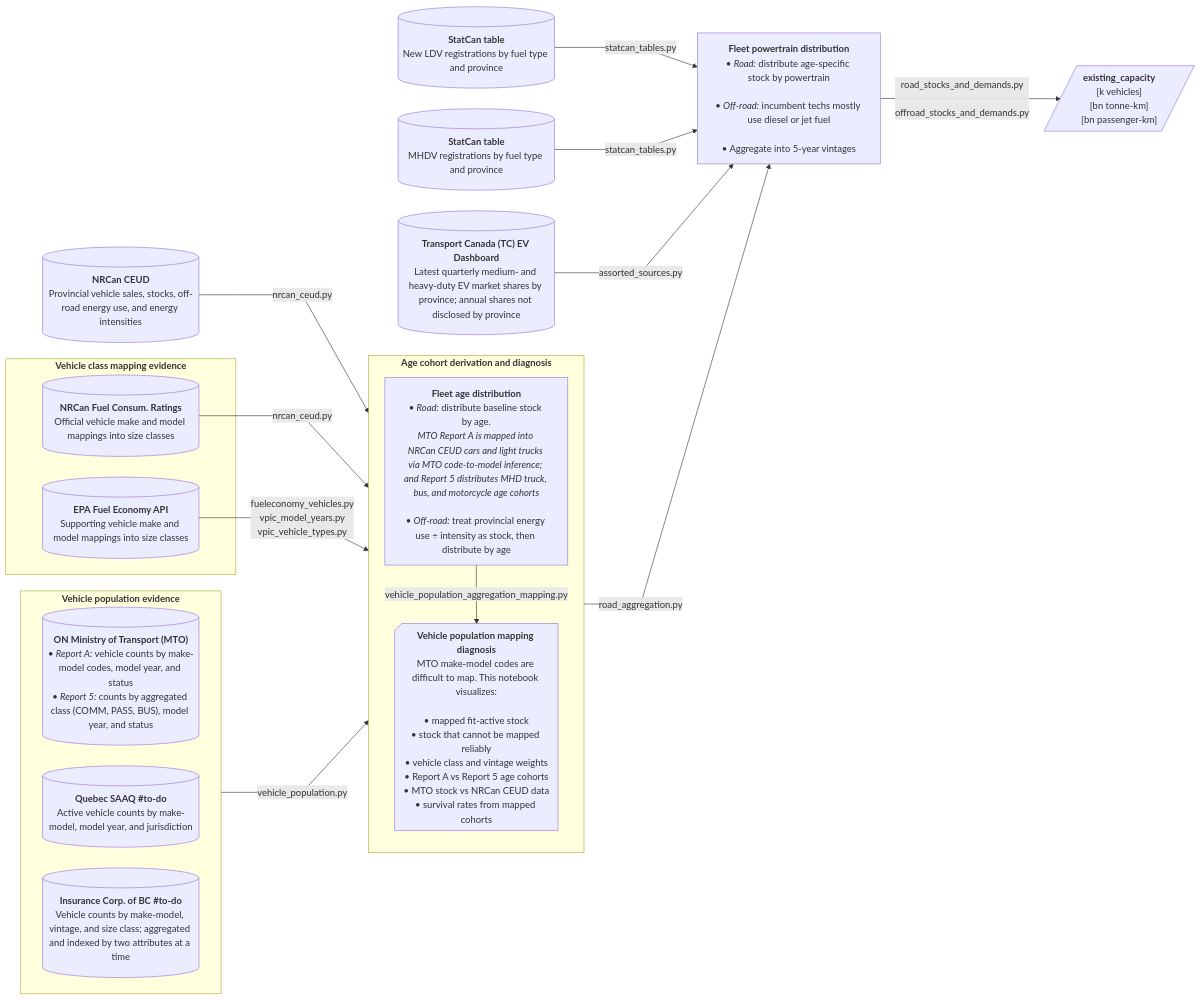
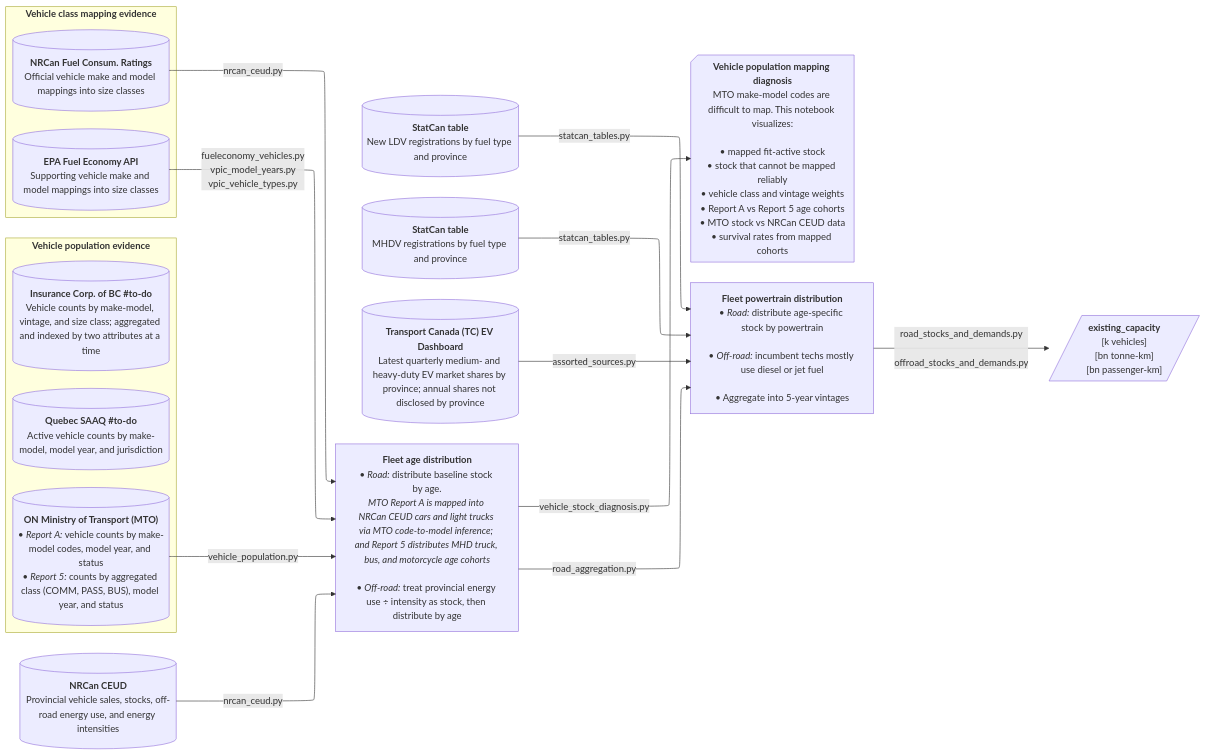
Before and after one commit to CANOE-main/canoe-transportation: the fourth of 14 diagrams in README.md, drawn with Mermaid. The commit also changed other lines of this file and 39 other files, not shown here.

First line of the commit message:
Add technology growth evidence acquisition and diagnostics; updated mermaid flowcharts to render with elk layout.

````diff
--- a/README.md
+++ b/README.md
@@ -376,15 +375,14 @@
 ```mermaid
 ---
 config:
-  layout: dagre
+  layout: elk
   flowchart:
     nodeSpacing: 35
     rankSpacing: 50
     wrappingWidth: 250
-    curve: linear
 ---
 flowchart LR
-  %% ########### Sources ###########
+  %% ############ Sources ###########
   s0[("`**NRCan CEUD**
     Provincial vehicle sales, stocks, off-road energy use, and energy intensities`")]
 
@@ -413,36 +411,33 @@
   s6[("`**Transport Canada (TC) EV Dashboard**
     Latest quarterly medium- and heavy-duty EV market shares by province; annual shares not disclosed by province`")]
 
-  %% ########### Processes ###########
-  subgraph age["`**Age cohort derivation and diagnosis**`"]
-    direction TB
-    p1["`**Fleet age distribution**
-      • *Road:* distribute baseline stock by age.
-      *MTO Report A is mapped into NRCan CEUD cars and light trucks via MTO code-to-model inference; and Report 5 distributes MHD truck, bus, and motorcycle age cohorts*<br>
-      • *Off-road:* treat provincial energy use ÷ intensity as stock, then distribute by age`"]
+  %% ############ Processes ###########
+  p1["`**Fleet age distribution**
+    • *Road:* distribute baseline stock by age.
+    *MTO Report A is mapped into NRCan CEUD cars and light trucks via MTO code-to-model inference; and Report 5 distributes MHD truck, bus, and motorcycle age cohorts*<br>
+    • *Off-road:* treat provincial energy use ÷ intensity as stock, then distribute by age`"]
 
-    p1_2@{shape: notch-rect, label: "**Vehicle population mapping diagnosis**
-      MTO make-model codes are difficult to map. This notebook visualizes:<br>
-      • mapped fit-active stock
-      • stock that cannot be mapped reliably
-      • vehicle class and vintage weights
-      • Report A vs Report 5 age cohorts
-      • MTO stock vs NRCan CEUD data
-      • survival rates from mapped cohorts"}
-    p1 -- vehicle_population_aggregation_mapping.py --> p1_2
-  end
-  s0 -- nrcan_ceud.py --> age
-  s1 -- vehicle_population.py --> age
-  s1_2 -- nrcan_ceud.py --> age
+  p1_2@{shape: notch-rect, label: "**Vehicle population mapping diagnosis**
+    MTO make-model codes are difficult to map. This notebook visualizes:<br>
+    • mapped fit-active stock
+    • stock that cannot be mapped reliably
+    • vehicle class and vintage weights
+    • Report A vs Report 5 age cohorts
+    • MTO stock vs NRCan CEUD data
+    • survival rates from mapped cohorts"}
+  p1 -- vehicle_stock_diagnosis.py --> p1_2
+  s0 -- nrcan_ceud.py --> p1
+  s1 -- vehicle_population.py --> p1
+  s1_2 -- nrcan_ceud.py --> p1
   s1_3 -- fueleconomy_vehicles.py
   vpic_model_years.py
-  vpic_vehicle_types.py --> age
+  vpic_vehicle_types.py --> p1
 
   p2["`**Fleet powertrain distribution**
     • *Road:* distribute age-specific stock by powertrain<br>
     • *Off-road:* incumbent techs mostly use diesel or jet fuel<br>
     • Aggregate into 5-year vintages`"]
-  age -- road_aggregation.py --> p2
+  p1 -- road_aggregation.py --> p2
   s4 -- statcan_tables.py --> p2
   s5 -- statcan_tables.py --> p2
   s6 -- assorted_sources.py --> p2
````
